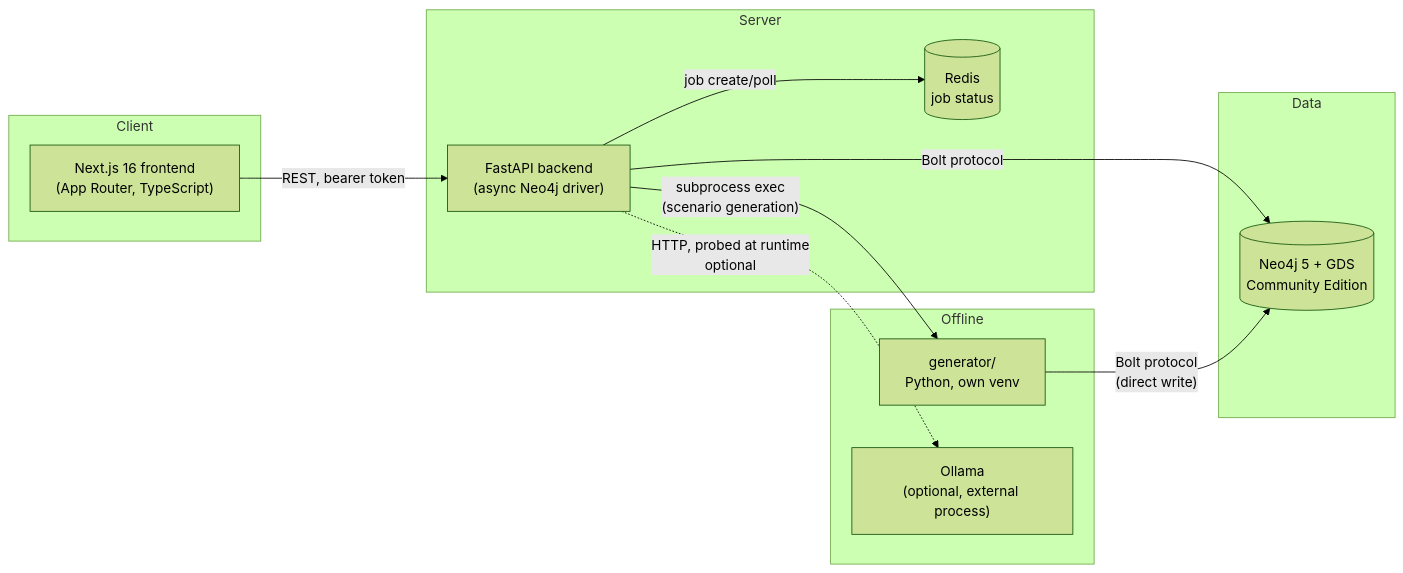
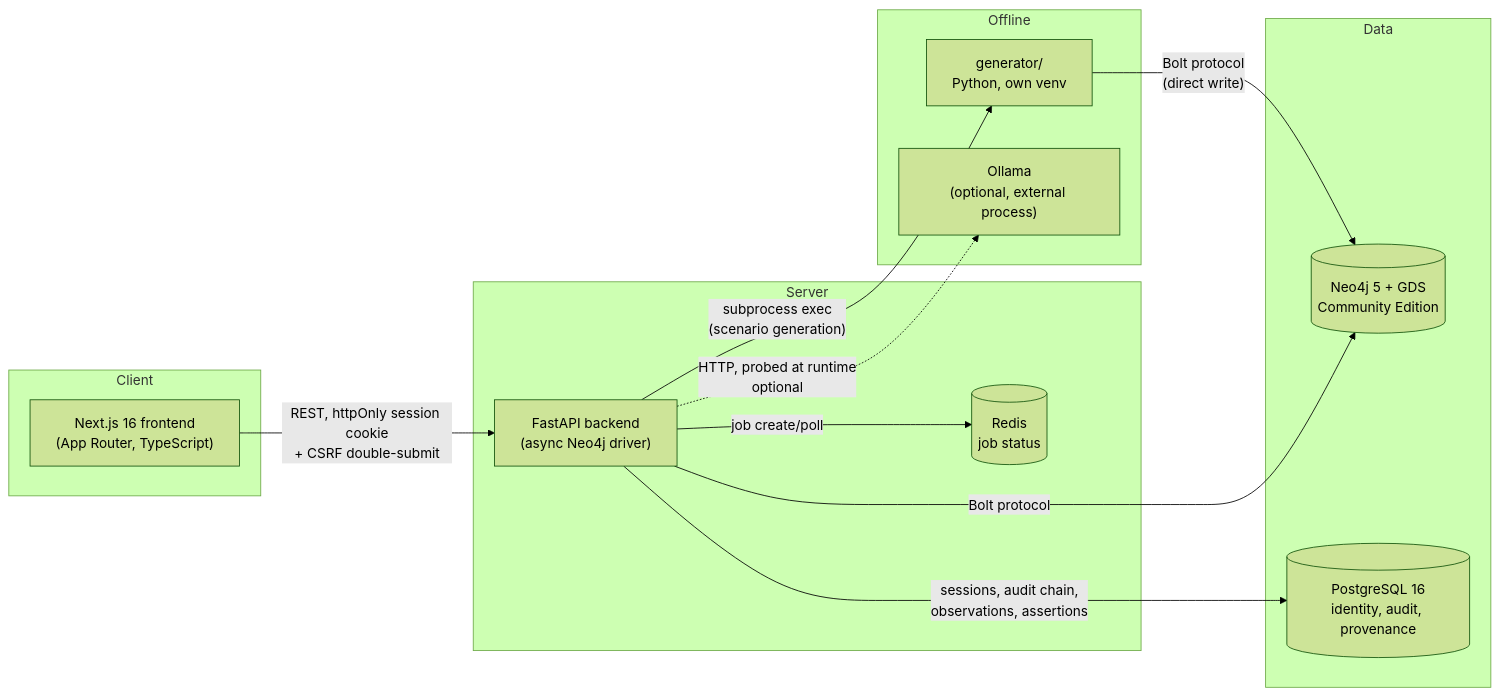
One commit to Ayush-o1/Argus changed the first of 3 diagrams in docs/architecture.md. Above: the diagram before and after it, drawn with Mermaid (forest theme). The commit also changed other lines of this file and 8 other files, not shown here.

````diff
--- a/docs/architecture.md
+++ b/docs/architecture.md
@@ -9,24 +9,26 @@
 ```mermaid
 flowchart LR
     subgraph Client
         FE["Next.js 16 frontend\n(App Router, TypeScript)"]
     end
     subgraph Server
         BE["FastAPI backend\n(async Neo4j driver)"]
         Redis[(Redis\njob status)]
     end
     subgraph Data
         Neo4j[(Neo4j 5 + GDS\nCommunity Edition)]
+        PG[(PostgreSQL 16\nidentity, audit, provenance)]
     end
     subgraph Offline
         Gen["generator/\nPython, own venv"]
         Ollama["Ollama\n(optional, external process)"]
     end
 
-    FE -- "REST, bearer token" --> BE
+    FE -- "REST, httpOnly session cookie\n+ CSRF double-submit" --> BE
     BE -- "Bolt protocol" --> Neo4j
     BE -- "job create/poll" --> Redis
+    BE -- "sessions, audit chain,\nobservations, assertions" --> PG
     Gen -- "Bolt protocol\n(direct write)" --> Neo4j
     BE -- "subprocess exec\n(scenario generation)" --> Gen
     BE -. "HTTP, probed at runtime\noptional" .-> Ollama
 ```
````
